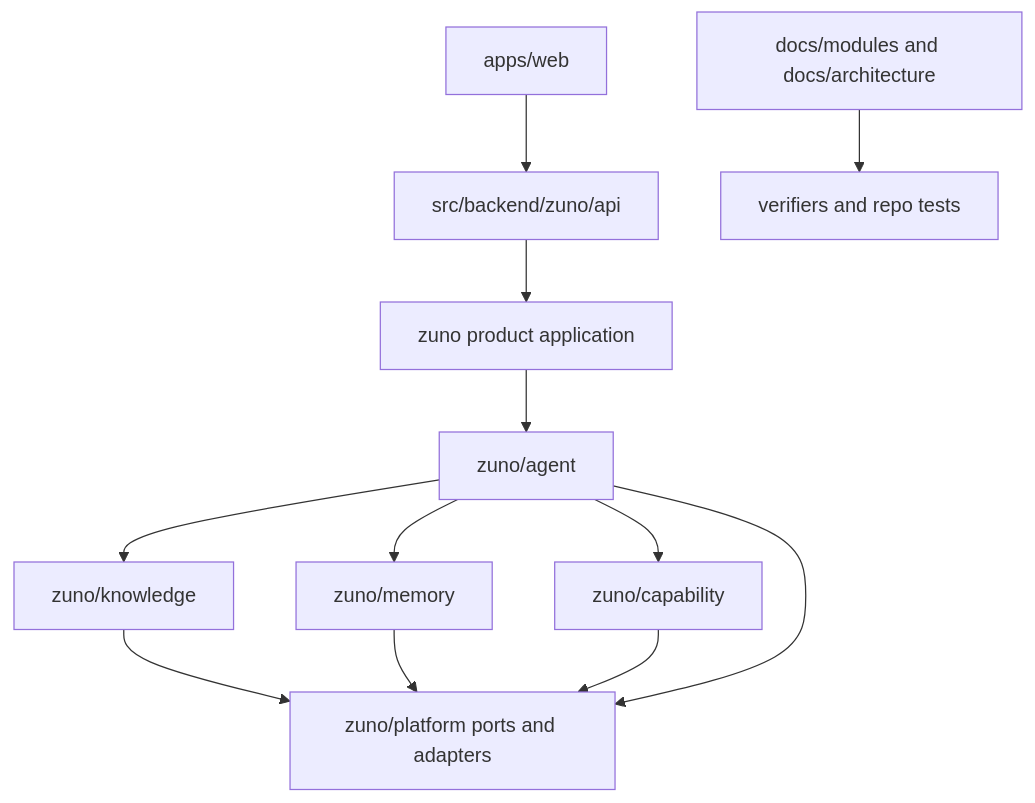
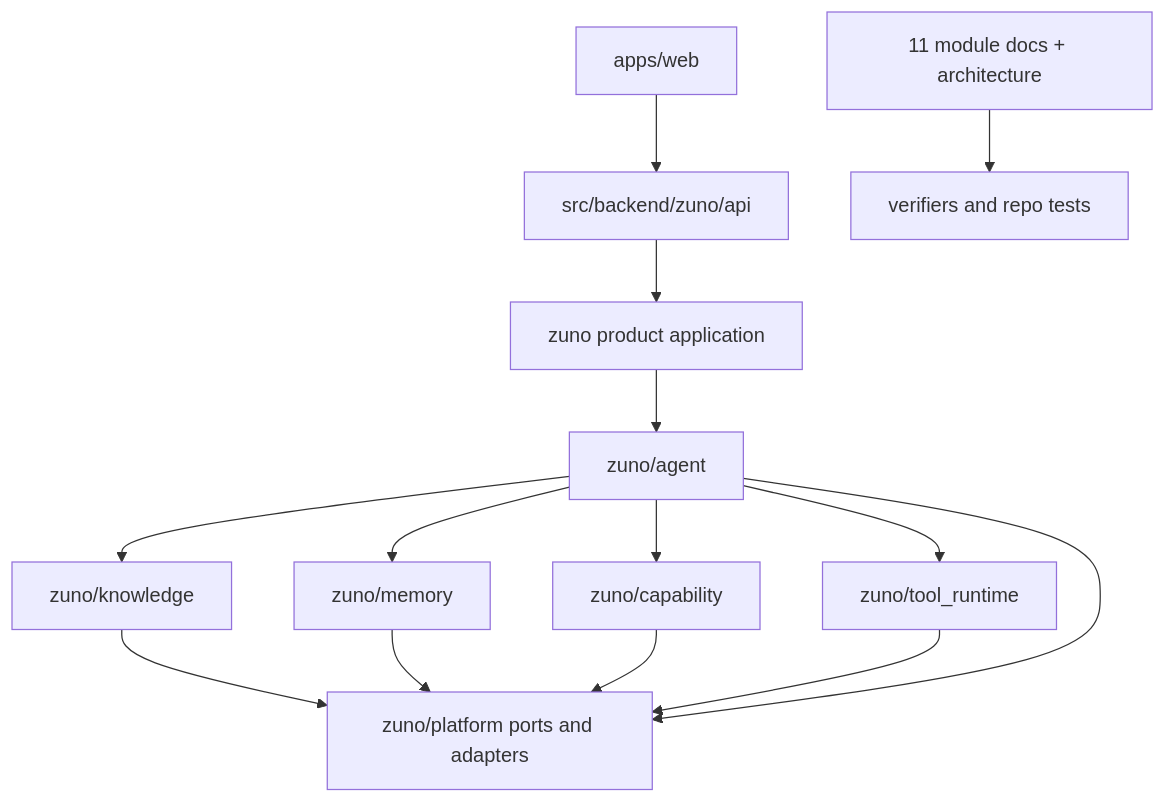
Before and after one commit to ProfessorZhi/Zuno: the fourth of 30 diagrams in .agent/architecture/architecture-views.md, drawn with Mermaid. The commit also changed other lines of this file and 22 other files, not shown here.

Commit message:
docs: realign total architecture with canonical modules

````diff
--- a/.agent/architecture/architecture-views.md
+++ b/.agent/architecture/architecture-views.md
@@ -64,11 +74,12 @@
 ```mermaid
 flowchart TB
   WEB[apps/web] --> API[src/backend/zuno/api]
   API --> PRODUCT[zuno product application]
   PRODUCT --> AGENT[zuno/agent]
   AGENT --> KNOW[zuno/knowledge]
   AGENT --> MEMORY[zuno/memory]
   AGENT --> CAP[zuno/capability]
-  KNOW & MEMORY & CAP & AGENT --> PLATFORM[zuno/platform ports and adapters]
-  DOCS[docs/modules and docs/architecture] --> VERIFY[verifiers and repo tests]
+  AGENT --> TOOL[zuno/tool_runtime]
+  KNOW & MEMORY & CAP & TOOL & AGENT --> PLATFORM[zuno/platform ports and adapters]
+  DOCS[11 module docs + architecture] --> VERIFY[verifiers and repo tests]
 ```
````
